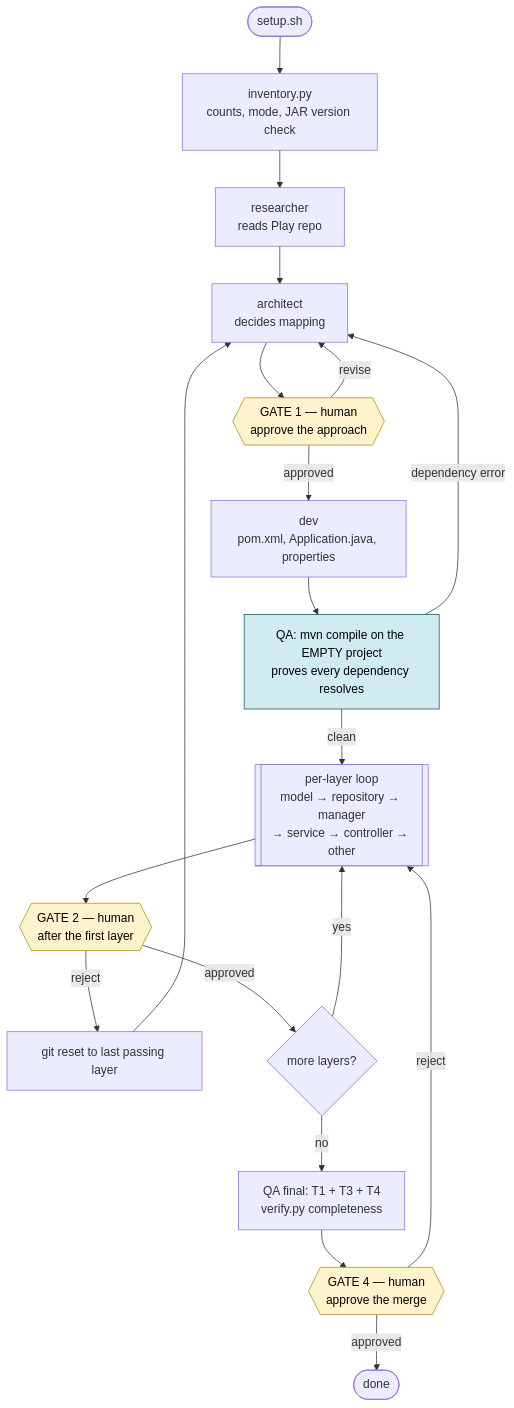
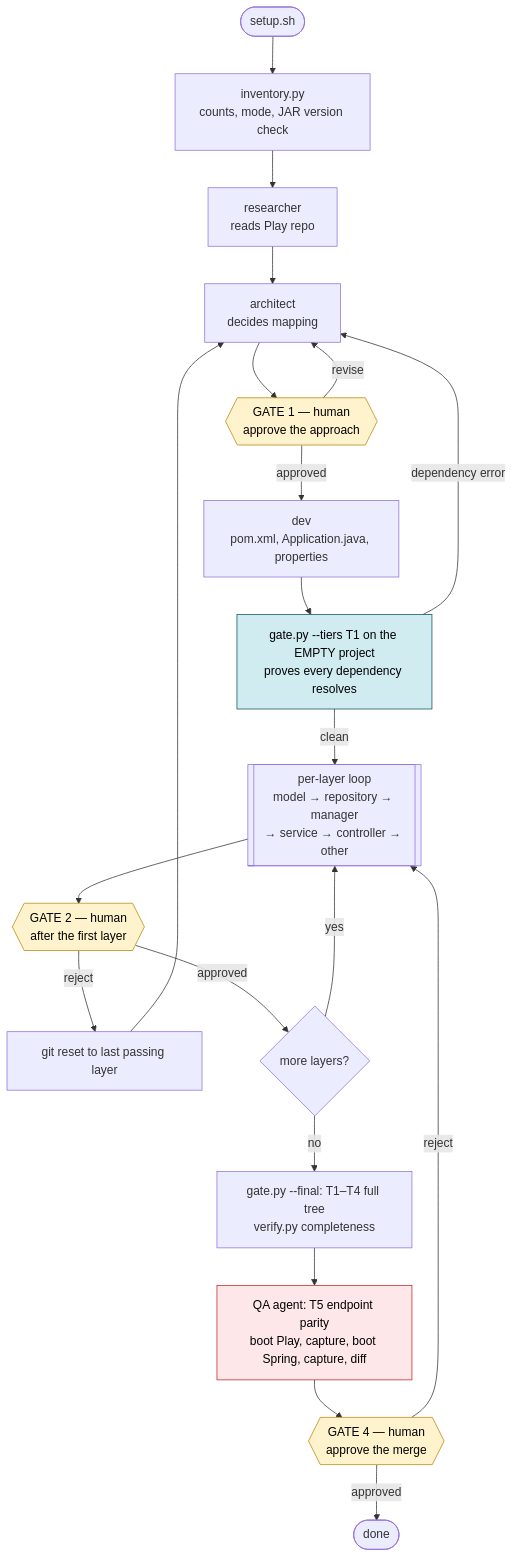
The first of 6 diagrams in docs/FLOW.md (skarin7/play-to-springboot), drawn with Mermaid before and after one commit. The commit also changed other lines of this file and 20 other files, not shown here.

````diff
--- a/docs/FLOW.md
+++ b/docs/FLOW.md
@@ -15,31 +15,33 @@
 ```mermaid
 flowchart TD
     START([setup.sh]) --> INV["inventory.py<br/>counts, mode, JAR version check"]
     INV --> RES[researcher<br/>reads Play repo]
     RES --> ARCH[architect<br/>decides mapping]
     ARCH --> G1{{"GATE 1 — human<br/>approve the approach"}}
 
     G1 -->|revise| ARCH
     G1 -->|approved| INIT["dev<br/>pom.xml, Application.java, properties"]
 
-    INIT --> EMPTY["QA: mvn compile on the EMPTY project<br/>proves every dependency resolves"]
+    INIT --> EMPTY["gate.py --tiers T1 on the EMPTY project<br/>proves every dependency resolves"]
     EMPTY -->|dependency error| ARCH
     EMPTY -->|clean| LOOP
 
     LOOP[["per-layer loop<br/>model → repository → manager<br/>→ service → controller → other"]]
     LOOP --> G2{{"GATE 2 — human<br/>after the first layer"}}
     G2 -->|reject| RESET["git reset to last passing layer"]
     RESET --> ARCH
     G2 -->|approved| MORE{more layers?}
     MORE -->|yes| LOOP
-    MORE -->|no| FINAL["QA final: T1 + T3 + T4<br/>verify.py completeness"]
+    MORE -->|no| FINAL["gate.py --final: T1–T4 full tree<br/>verify.py completeness"]
 
-    FINAL --> G4{{"GATE 4 — human<br/>approve the merge"}}
+    FINAL --> T5["QA agent: T5 endpoint parity<br/>boot Play, capture, boot Spring, capture, diff"]
+    T5 --> G4{{"GATE 4 — human<br/>approve the merge"}}
     G4 -->|approved| DONE([done])
     G4 -->|reject| LOOP
 
     style G1 fill:#fff3cd,stroke:#b8860b,color:#000
     style G2 fill:#fff3cd,stroke:#b8860b,color:#000
     style G4 fill:#fff3cd,stroke:#b8860b,color:#000
     style EMPTY fill:#d1ecf1,stroke:#0c5460,color:#000
+    style T5 fill:#fde7e9,stroke:#c62828,color:#000
 ```
````
